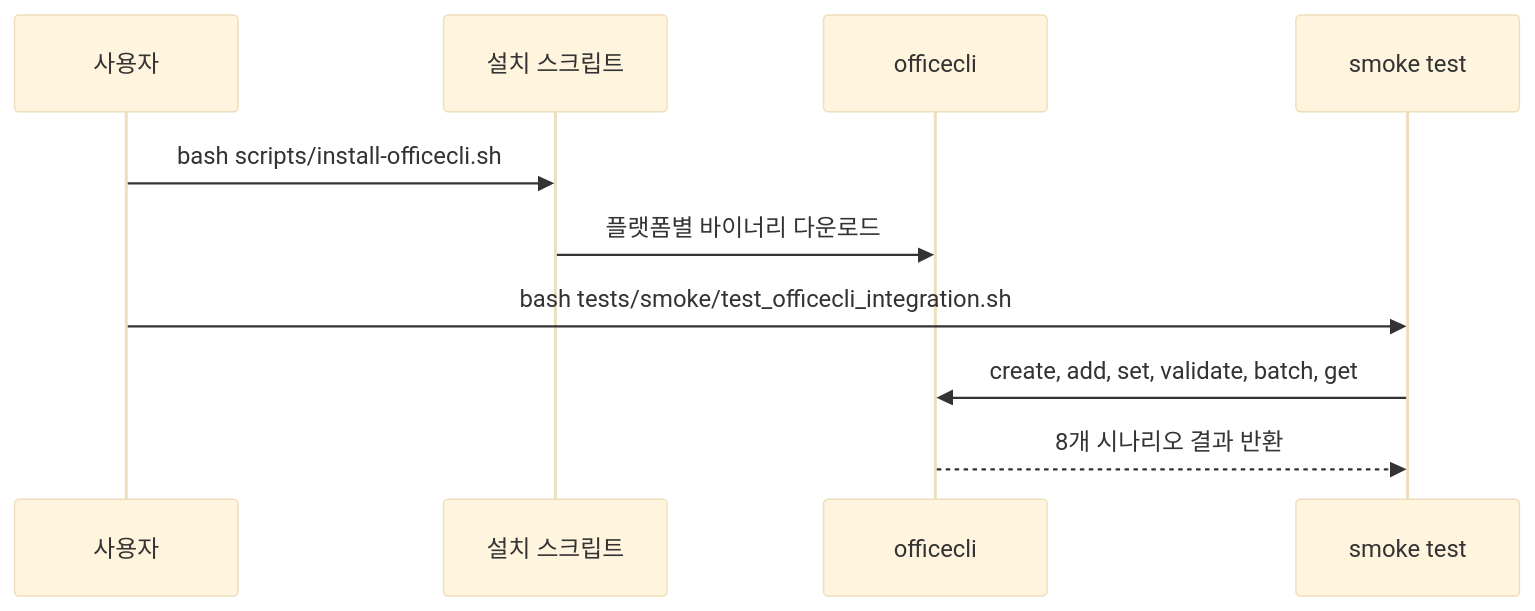
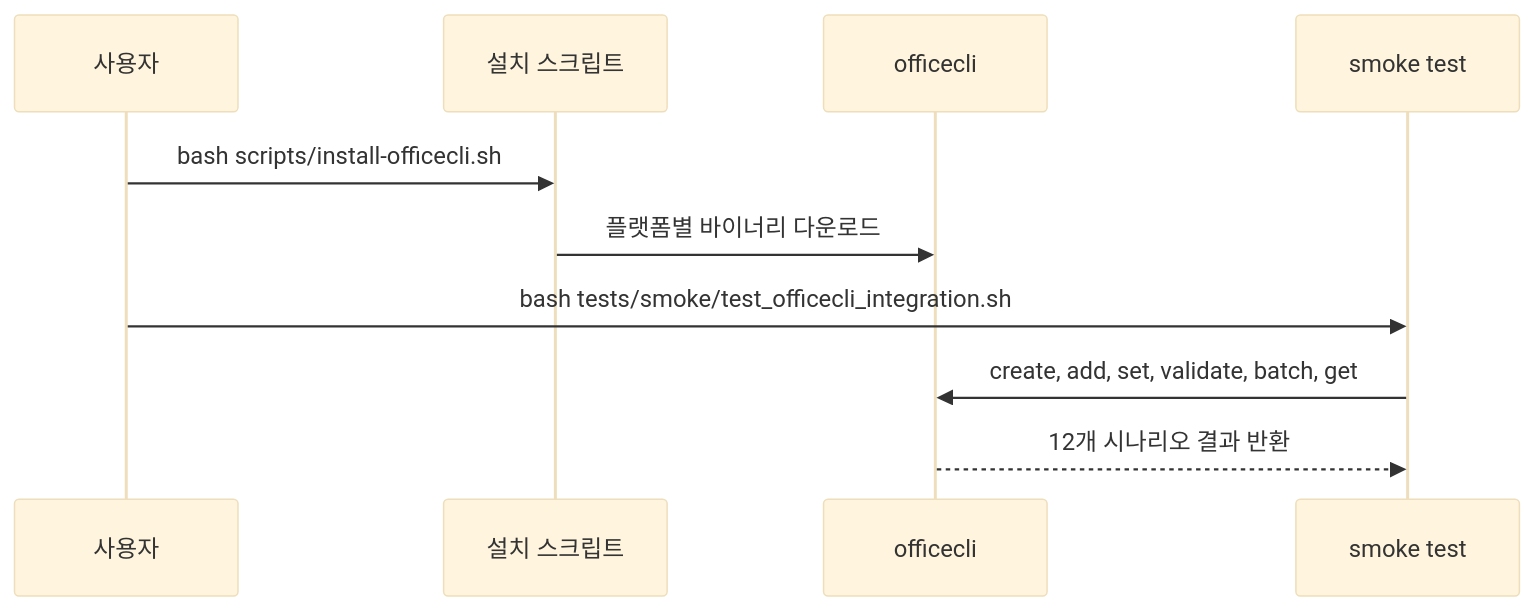
The second of 2 diagrams in docs/officecli-integration.md (lidge-jun/cli-jaw), drawn with Mermaid (base theme) before and after one commit. The commit also changed other lines of this file and 5 other files, not shown here.

Commit message:
[agent] fix: install officecli hwp sidecars in smoke flow

````diff
--- a/docs/officecli-integration.md
+++ b/docs/officecli-integration.md
@@ -40,13 +40,13 @@
 ```mermaid
 sequenceDiagram
     participant User as 사용자
     participant Script as 설치 스크립트
     participant Binary as officecli
     participant Test as smoke test
 
     User->>Script: bash scripts/install-officecli.sh
     Script->>Binary: 플랫폼별 바이너리 다운로드
     User->>Test: bash tests/smoke/test_officecli_integration.sh
     Test->>Binary: create, add, set, validate, batch, get
-    Binary-->>Test: 8개 시나리오 결과 반환
+    Binary-->>Test: 12개 시나리오 결과 반환
 ```
````
